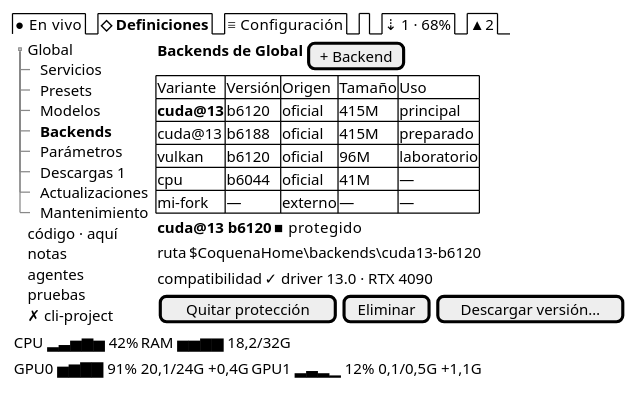
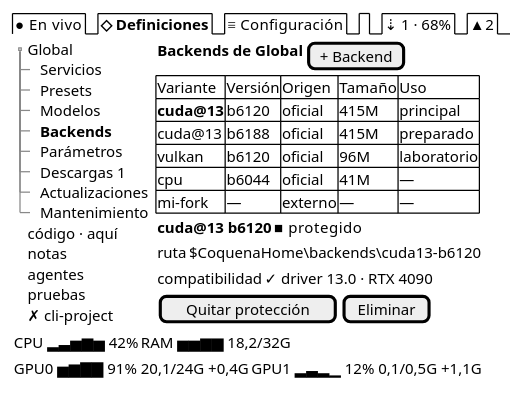
The diagram in docs/design/tui/O-definiciones-backends.salt.puml (mstranich/coquena), drawn with PlantUML before and after one commit. The commit also changed 35 other files, not shown here.

```diff
--- a/docs/design/tui/O-definiciones-backends.salt.puml
+++ b/docs/design/tui/O-definiciones-backends.salt.puml
@@ -1,41 +1,41 @@
 @startsalt
 {
   {/ ● En vivo | <b>◇ Definiciones | ≡ Configuración | . | ⇣ 1 · 68% | ▲ 2 }
   {
     {
     {T
       + Global
       ++ Servicios
       ++ Presets
       ++ Modelos
       ++ <b>Backends
       ++ Parámetros
       ++ Descargas 1
       ++ Actualizaciones
       ++ Mantenimiento
       + código · aquí
       + notas
       + agentes
       + pruebas
       + ✗ cli-project
     }
     } | {
       { <b>Backends de Global | [+ Backend] }
       {#
         Variante | Versión | Origen | Tamaño | Uso
         <b>cuda@13 | b6120 | oficial | 415M | principal
         cuda@13 | b6188 | oficial | 415M | preparado
         vulkan | b6120 | oficial | 96M | laboratorio
         cpu | b6044 | oficial | 41M | —
         mi-fork | — | externo | — | —
       }
       { <b>cuda@13 b6120 | ■ protegido }
       { ruta | $CoquenaHome\backends\cuda13-b6120 }
       { compatibilidad | ✓ driver 13.0 · RTX 4090 }
-      { [Quitar protección] | [Eliminar] | [Descargar versión…] }
+      { [Quitar protección] | [Eliminar] }
     }
   }
   { CPU ▂▃▅▆▅ 42% | RAM ▅▅▆▆ 18,2/32G }
   { GPU0 ▅▆▇▇ 91% 20,1/24G +0,4G | GPU1 ▂▃▂▁ 12% 0,1/0,5G +1,1G }
 }
 @endsalt
```
